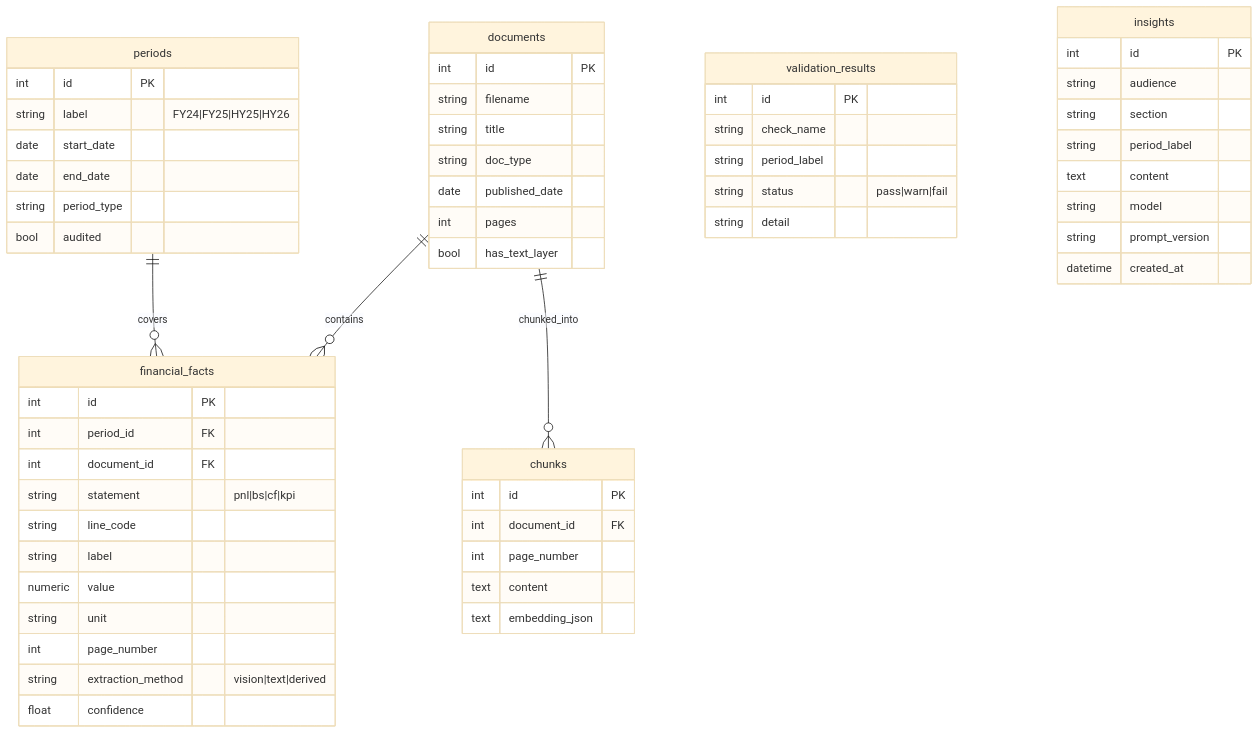
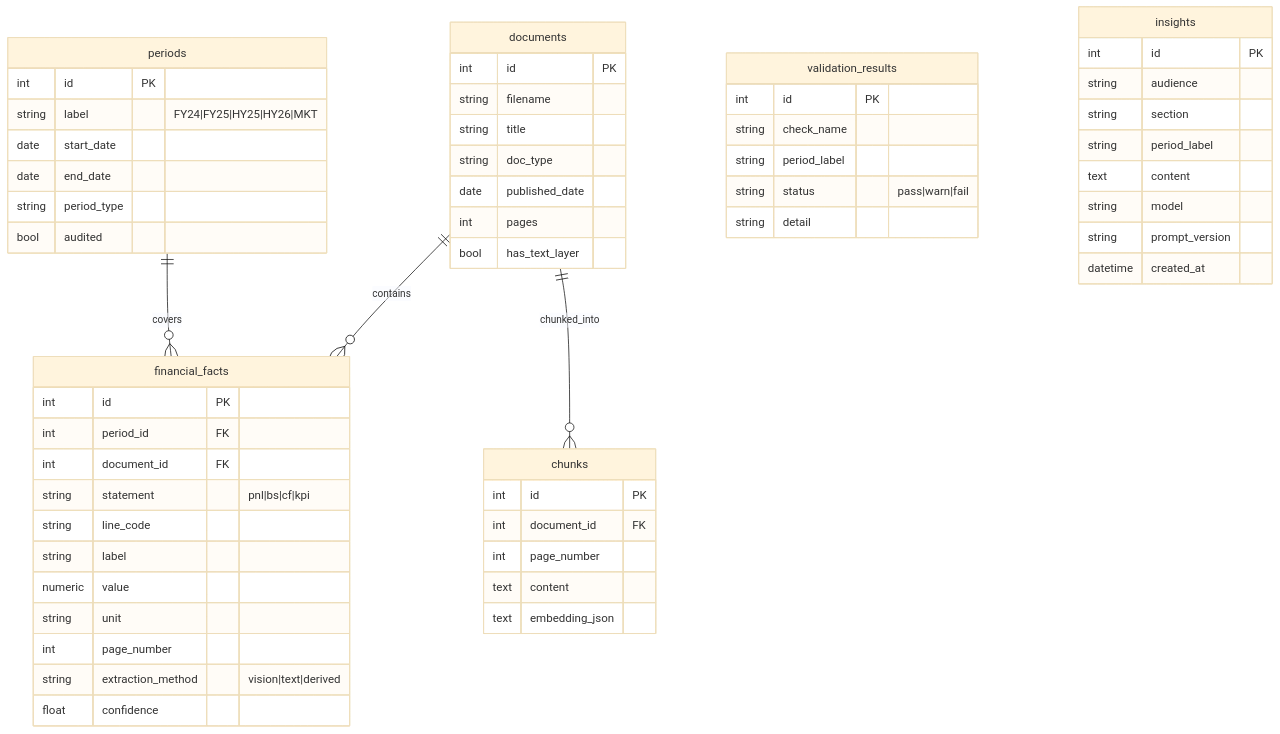
The fourth of 4 diagrams in docs/ARCHITECTURE.md (ANIKET2703/senus-board-report), drawn with Mermaid (base theme) before and after one commit. The commit also changed other lines of this file and 5 other files, not shown here.

Commit message:
docs: sync architecture diagram and docs with current state

````diff
--- a/docs/ARCHITECTURE.md
+++ b/docs/ARCHITECTURE.md
@@ -274,61 +274,61 @@
 ```mermaid
 erDiagram
     documents ||--o{ financial_facts : contains
     periods ||--o{ financial_facts : covers
     documents ||--o{ chunks : chunked_into
 
     documents {
         int id PK
         string filename
         string title
         string doc_type
         date published_date
         int pages
         bool has_text_layer
     }
     periods {
         int id PK
-        string label "FY24|FY25|HY25|HY26"
+        string label "FY24|FY25|HY25|HY26|MKT"
         date start_date
         date end_date
         string period_type
         bool audited
     }
     financial_facts {
         int id PK
         int period_id FK
         int document_id FK
         string statement "pnl|bs|cf|kpi"
         string line_code
         string label
         numeric value
         string unit
         int page_number
         string extraction_method "vision|text|derived"
         float confidence
     }
     validation_results {
         int id PK
         string check_name
         string period_label
         string status "pass|warn|fail"
         string detail
     }
     chunks {
         int id PK
         int document_id FK
         int page_number
         text content
         text embedding_json
     }
     insights {
         int id PK
         string audience
         string section
         string period_label
         text content
         string model
         string prompt_version
         datetime created_at
     }
 ```
````
